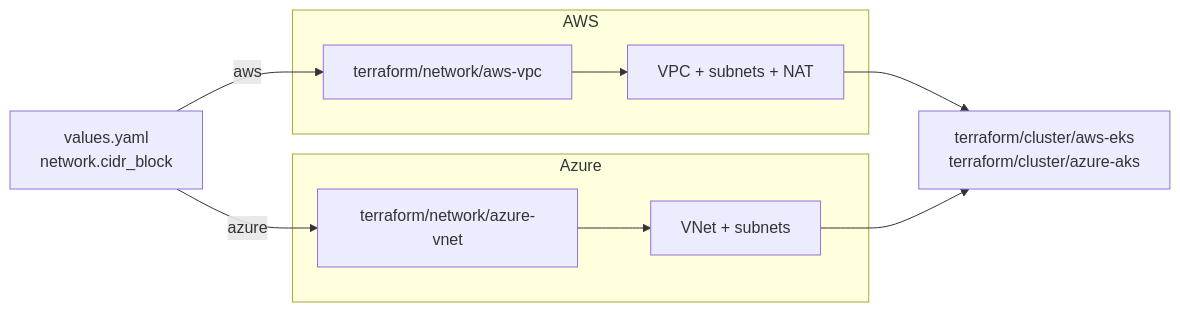
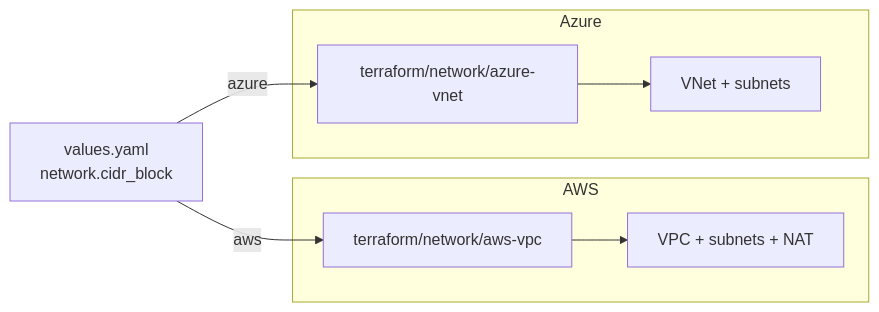
Before and after one commit to windsorcli/core: the diagram in terraform/network/README.md, drawn with Mermaid. The commit also changed 3 other files, not shown here.

Commit message:
chore(docs): update flowcharts in README files to reflect changes in cluster and compute relationships

````diff
--- a/terraform/network/README.md
+++ b/terraform/network/README.md
@@ -19,23 +19,19 @@
 ```mermaid
 flowchart LR
   values[values.yaml<br/>network.cidr_block]
 
   subgraph awspath[AWS]
     tfVpc[terraform/network/aws-vpc]
     vpc[VPC + subnets + NAT]
   end
 
   subgraph azurepath[Azure]
     tfVnet[terraform/network/azure-vnet]
     vnet[VNet + subnets]
   end
 
-  cluster[terraform/cluster/aws-eks<br/>terraform/cluster/azure-aks]
-
   values -->|aws| tfVpc
   values -->|azure| tfVnet
   tfVpc --> vpc
   tfVnet --> vnet
-  vpc --> cluster
-  vnet --> cluster
 ```
````
